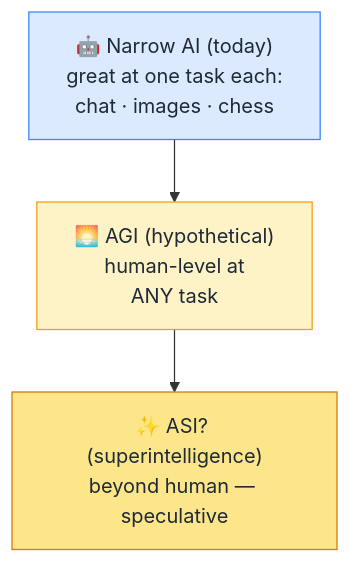
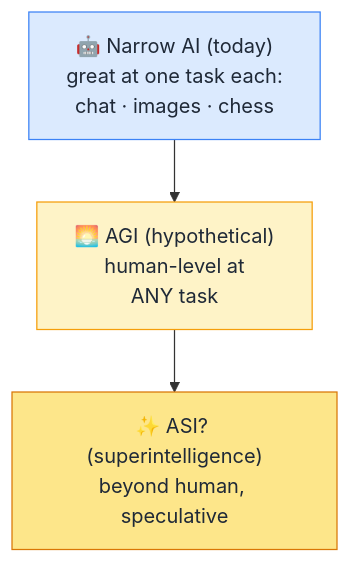
Before and after one commit to behnia137/ai-for-beginners-visual: the diagram in concepts/agi.md, drawn with Mermaid. The commit also changed other lines of this file and 34 other files, not shown here.

````diff
--- a/concepts/agi.md
+++ b/concepts/agi.md
@@ -7,8 +7,8 @@
 ```mermaid
 flowchart TB
     N["🤖 Narrow AI (today)<br/>great at one task each:<br/>chat · images · chess"] --> G["🌅 AGI (hypothetical)<br/>human-level at<br/>ANY task"]
-    G --> S["✨ ASI? (superintelligence)<br/>beyond human — speculative"]
+    G --> S["✨ ASI? (superintelligence)<br/>beyond human, speculative"]
     style N fill:#dbeafe,stroke:#3b82f6,color:#1f2937
     style G fill:#fef3c7,stroke:#f59e0b,color:#1f2937
     style S fill:#fde68a,stroke:#d97706,color:#1f2937
 ```
````
